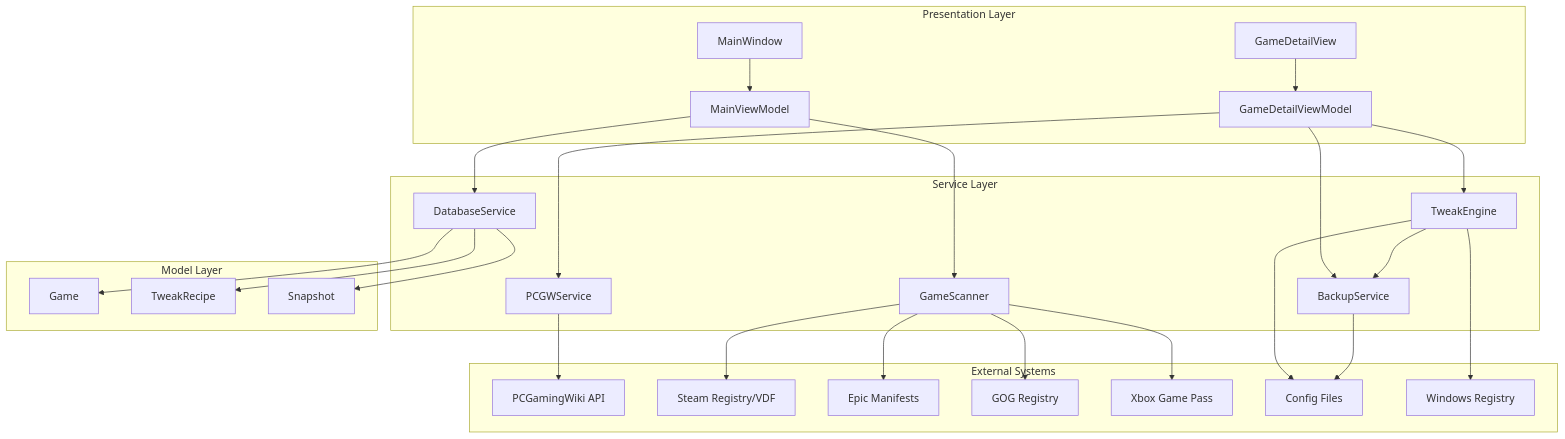
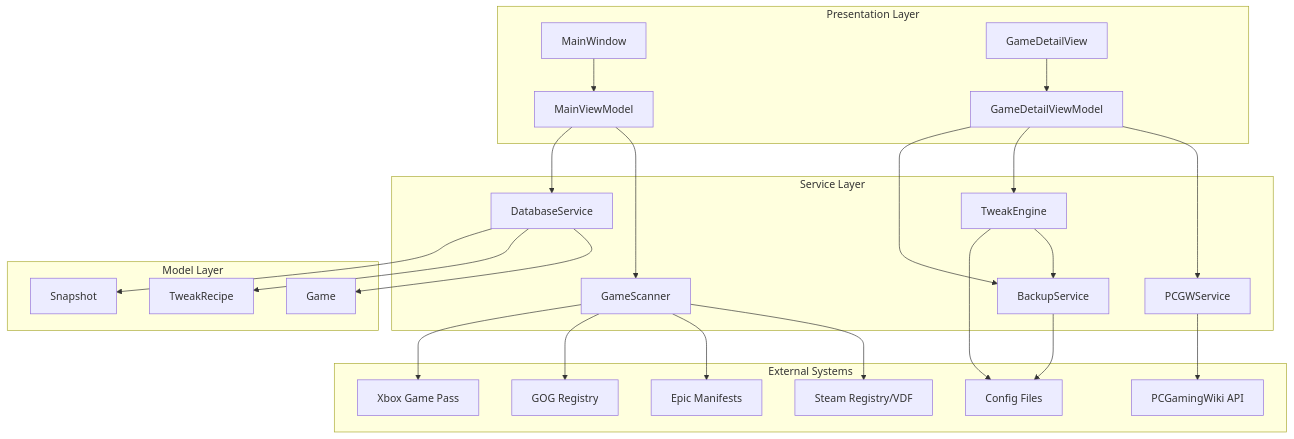
One commit to Zendevve/opentweak changed the first of 3 diagrams in docs/Architecture/Overview.md. Above: the diagram before and after it, drawn with Mermaid. The commit also changed other lines of this file and 2 other files, not shown here.

Commit message:
docs: update documentation to reflect actual registry behavior

````diff
--- a/docs/Architecture/Overview.md
+++ b/docs/Architecture/Overview.md
@@ -39,53 +42,51 @@
 ```mermaid
 flowchart TB
     subgraph UI["Presentation Layer"]
         MW[MainWindow]
         GDV[GameDetailView]
         MVM[MainViewModel]
         GDVM[GameDetailViewModel]
     end
 
     subgraph Services["Service Layer"]
         GS[GameScanner]
         PCGW[PCGWService]
         TE[TweakEngine]
         BS[BackupService]
         DBS[DatabaseService]
     end
 
     subgraph Models["Model Layer"]
         G[Game]
         TR[TweakRecipe]
         S[Snapshot]
     end
 
     subgraph External["External Systems"]
         PCGW_API[PCGamingWiki API]
         Steam[Steam Registry/VDF]
         Epic[Epic Manifests]
         GOG[GOG Registry]
         Xbox[Xbox Game Pass]
         Files[Config Files]
-        Reg[Windows Registry]
     end
 
     MW --> MVM
     GDV --> GDVM
     MVM --> GS
     MVM --> DBS
     GDVM --> PCGW
     GDVM --> TE
     GDVM --> BS
     GS --> Steam
     GS --> Epic
     GS --> GOG
     GS --> Xbox
     PCGW --> PCGW_API
     TE --> BS
     TE --> Files
-    TE --> Reg
     BS --> Files
     DBS --> G
     DBS --> TR
     DBS --> S
 ```
````
